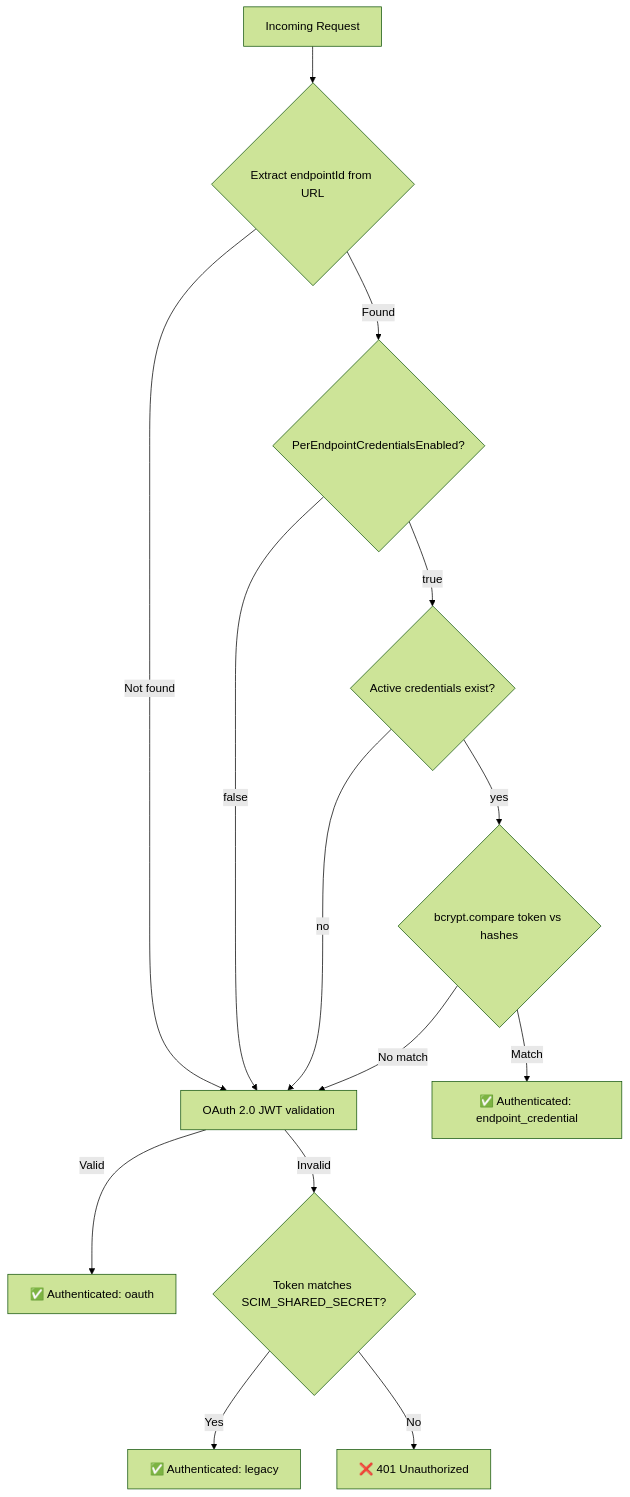
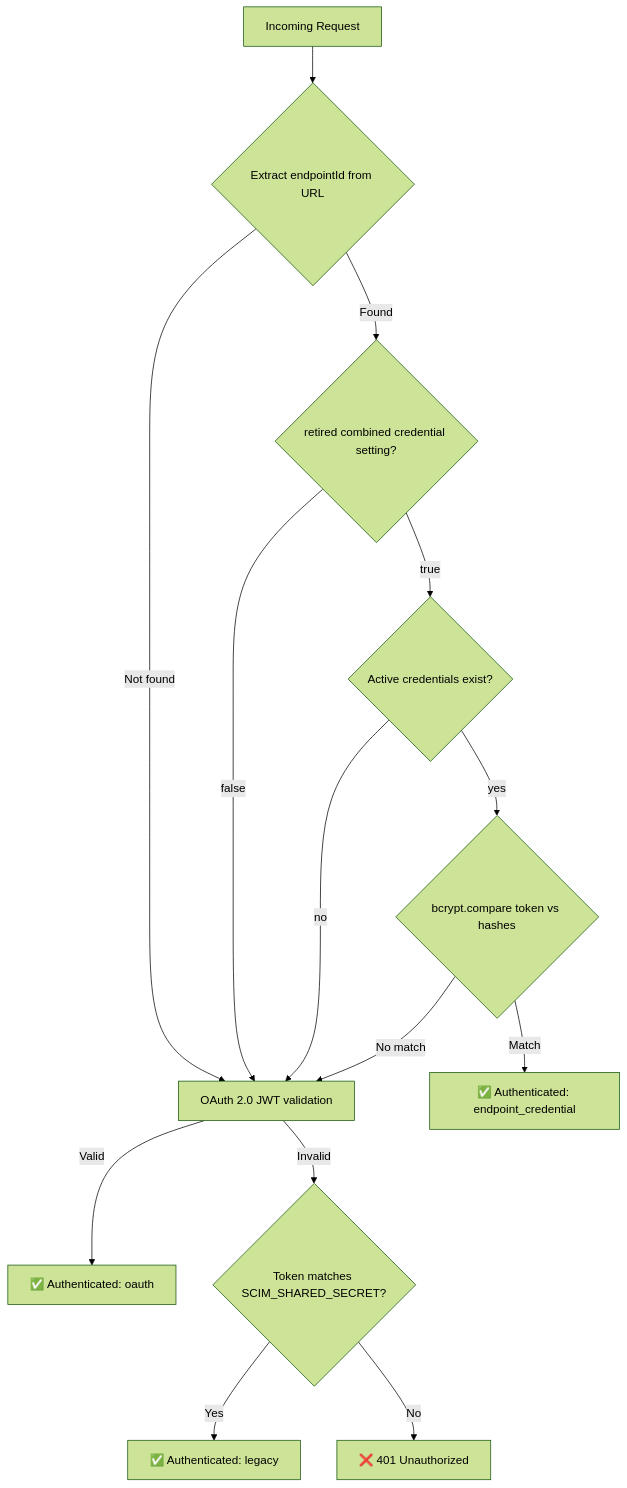
The first of 2 diagrams in docs/auth/G11_PER_ENDPOINT_CREDENTIALS.md (pranems/SCIMServer), drawn with Mermaid (forest theme) before and after one commit. The commit also changed other lines of this file and 113 other files, not shown here.

Commit message:
feat: retire combined endpoint credential setting

````diff
--- a/docs/auth/G11_PER_ENDPOINT_CREDENTIALS.md
+++ b/docs/auth/G11_PER_ENDPOINT_CREDENTIALS.md
@@ -11,16 +13,16 @@
 ```mermaid
 flowchart TD
     A[Incoming Request] --> B{Extract endpointId from URL}
-    B -->|Found| C{PerEndpointCredentialsEnabled?}
+    B -->|Found| C{retired combined credential setting?}
     B -->|Not found| F
     C -->|true| D{Active credentials exist?}
     C -->|false| F
     D -->|yes| E{bcrypt.compare token vs hashes}
     D -->|no| F
     E -->|Match| G[✅ Authenticated: endpoint_credential]
     E -->|No match| F
     F[OAuth 2.0 JWT validation] -->|Valid| H[✅ Authenticated: oauth]
     F -->|Invalid| I{Token matches SCIM_SHARED_SECRET?}
     I -->|Yes| J[✅ Authenticated: legacy]
     I -->|No| K[❌ 401 Unauthorized]
 ```
````
